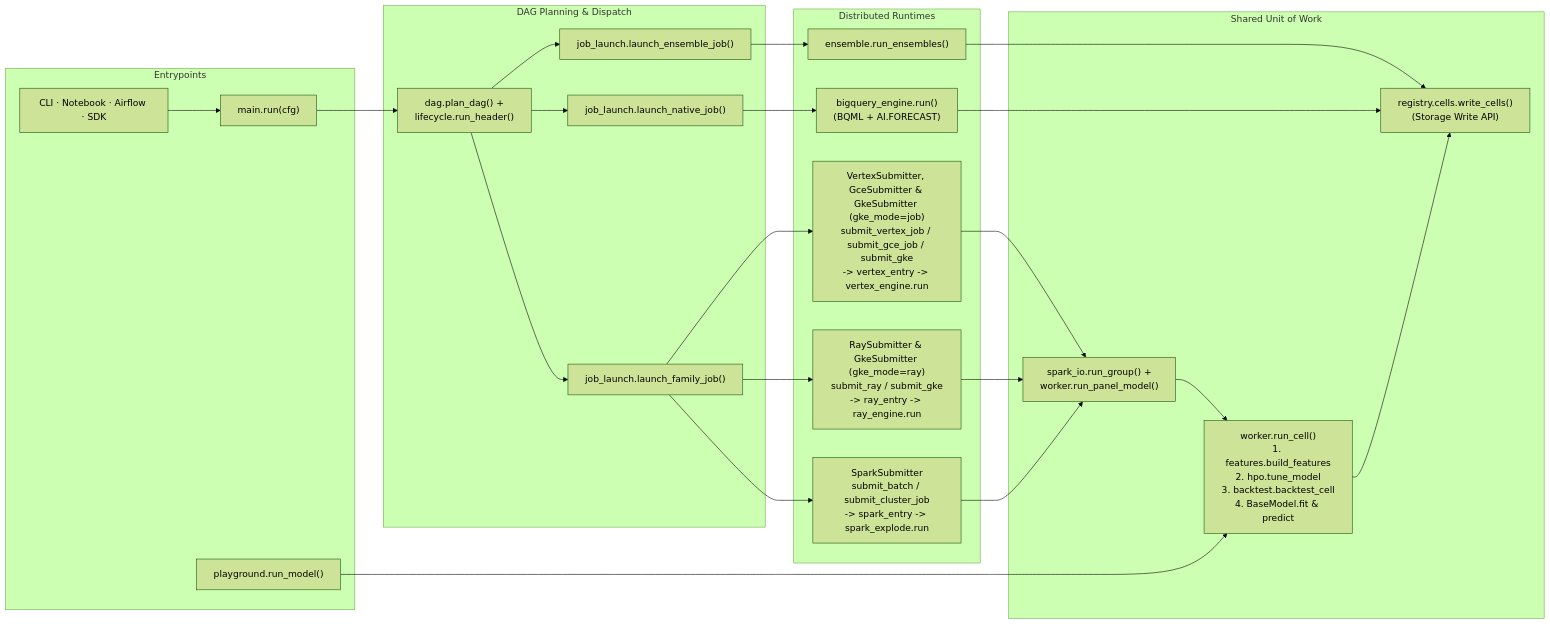
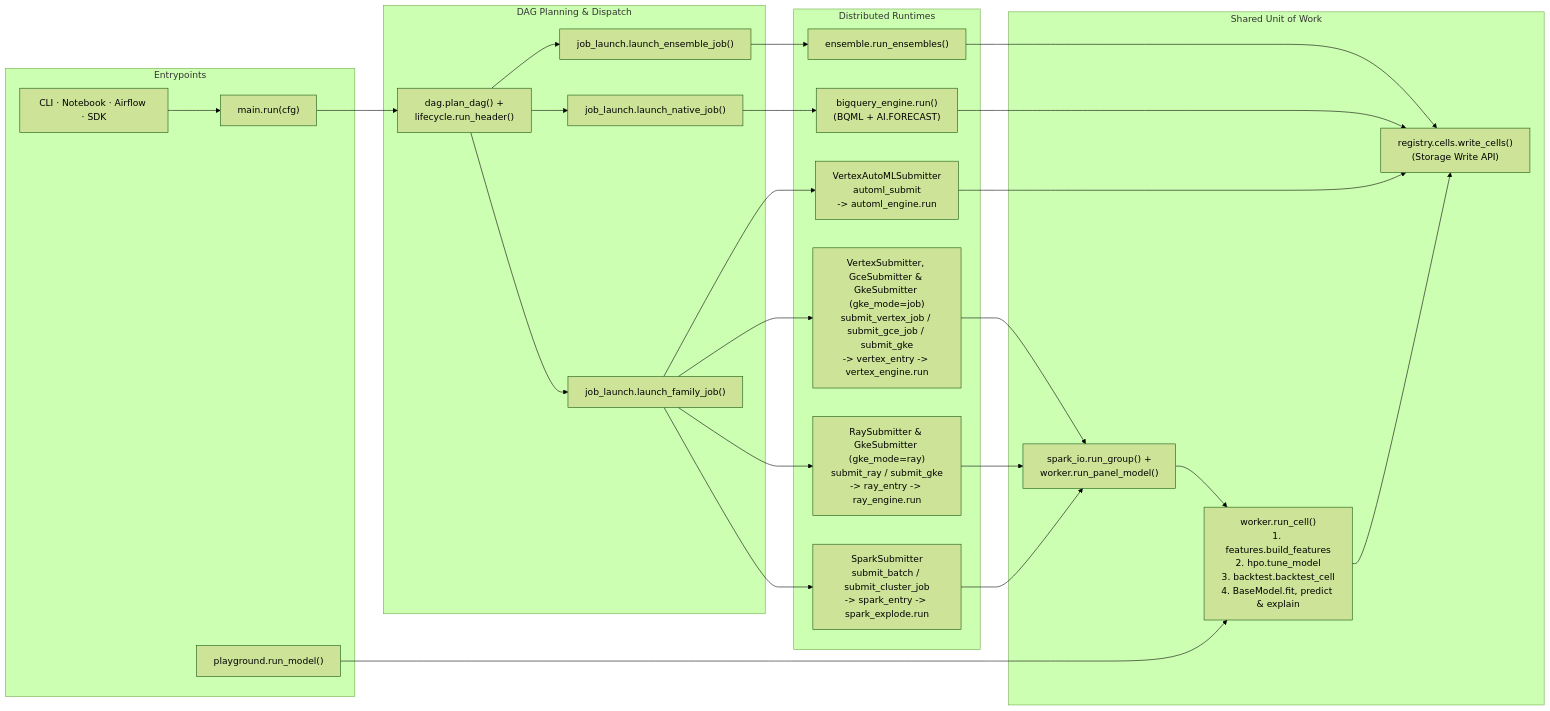
The second of 2 diagrams in docs/architecture.md (statmike/scale-forecasting), drawn with Mermaid (forest theme) before and after one commit. The commit also changed other lines of this file and 102 other files, not shown here.

Commit message:
feat(automl,explainability): add Vertex AI AutoML & Tabular Workflows (vertex_l2l, vertex_tide, vertex_tft, vertex_seq2seq), Two-Tier Feature Attributions, and repo-wide docs

````diff
--- a/docs/architecture.md
+++ b/docs/architecture.md
@@ -414,28 +425,29 @@
 ```mermaid
 flowchart LR
     subgraph Entry["Entrypoints"]
         Caller["CLI · Notebook · Airflow · SDK"] --> MainRun["main.run(cfg)"]
         Play["playground.run_model()"]
     end
 
     subgraph Orchestration["DAG Planning & Dispatch"]
-        MainRun --> PlanDag["dag.plan_dag() +\nlifecycle.run_header()"]
+        MainRun --> PlanDag["dag.plan_dag() +<br/>lifecycle.run_header()"]
         PlanDag --> FamLaunch["job_launch.launch_family_job()"]
         PlanDag --> NatLaunch["job_launch.launch_native_job()"]
         PlanDag --> EnsLaunch["job_launch.launch_ensemble_job()"]
     end
 
     subgraph Runtimes["Distributed Runtimes"]
-        FamLaunch --> SparkSub["SparkSubmitter\nsubmit_batch / submit_cluster_job\n-> spark_entry -> spark_explode.run"]
-        FamLaunch --> RaySub["RaySubmitter & GkeSubmitter (gke_mode=ray)\nsubmit_ray / submit_gke\n-> ray_entry -> ray_engine.run"]
-        FamLaunch --> VtxSub["VertexSubmitter, GceSubmitter & GkeSubmitter (gke_mode=job)\nsubmit_vertex_job / submit_gce_job / submit_gke\n-> vertex_entry -> vertex_engine.run"]
-        NatLaunch --> BQRun["bigquery_engine.run()\n(BQML + AI.FORECAST)"]
+        FamLaunch --> SparkSub["SparkSubmitter<br/>submit_batch / submit_cluster_job<br/>-> spark_entry -> spark_explode.run"]
+        FamLaunch --> RaySub["RaySubmitter & GkeSubmitter (gke_mode=ray)<br/>submit_ray / submit_gke<br/>-> ray_entry -> ray_engine.run"]
+        FamLaunch --> VtxSub["VertexSubmitter, GceSubmitter & GkeSubmitter (gke_mode=job)<br/>submit_vertex_job / submit_gce_job / submit_gke<br/>-> vertex_entry -> vertex_engine.run"]
+        FamLaunch --> AutoMLSub["VertexAutoMLSubmitter<br/>automl_submit<br/>-> automl_engine.run"]
+        NatLaunch --> BQRun["bigquery_engine.run()<br/>(BQML + AI.FORECAST)"]
         EnsLaunch --> EnsRun["ensemble.run_ensembles()"]
     end
 
     subgraph Worker["Shared Unit of Work"]
-        SparkSub & RaySub & VtxSub --> RunGroup["spark_io.run_group() +\nworker.run_panel_model()"]
-        RunGroup & Play --> RunCell["worker.run_cell()\n1. features.build_features\n2. hpo.tune_model\n3. backtest.backtest_cell\n4. BaseModel.fit & predict"]
-        RunCell & BQRun & EnsRun --> WriteCells["registry.cells.write_cells()\n(Storage Write API)"]
+        SparkSub & RaySub & VtxSub --> RunGroup["spark_io.run_group() +<br/>worker.run_panel_model()"]
+        RunGroup & Play --> RunCell["worker.run_cell()<br/>1. features.build_features<br/>2. hpo.tune_model<br/>3. backtest.backtest_cell<br/>4. BaseModel.fit, predict & explain"]
+        RunCell & AutoMLSub & BQRun & EnsRun --> WriteCells["registry.cells.write_cells()<br/>(Storage Write API)"]
     end
 ```
````
